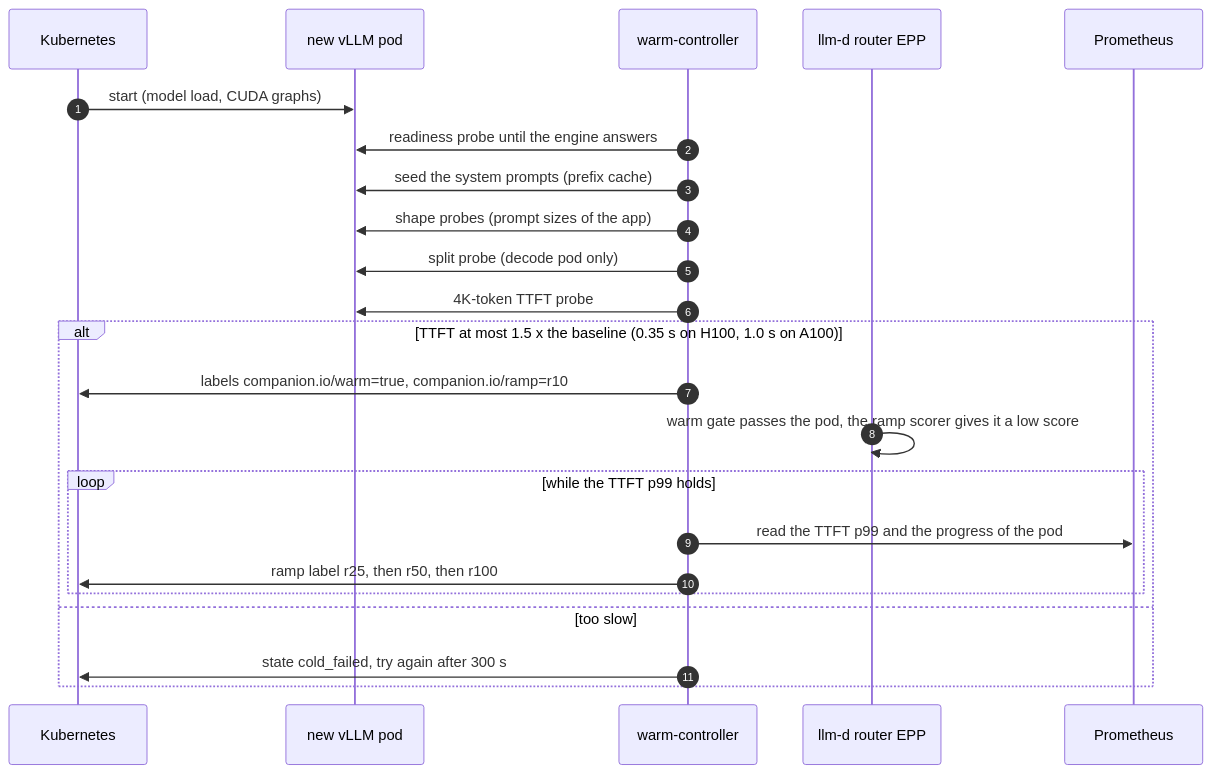
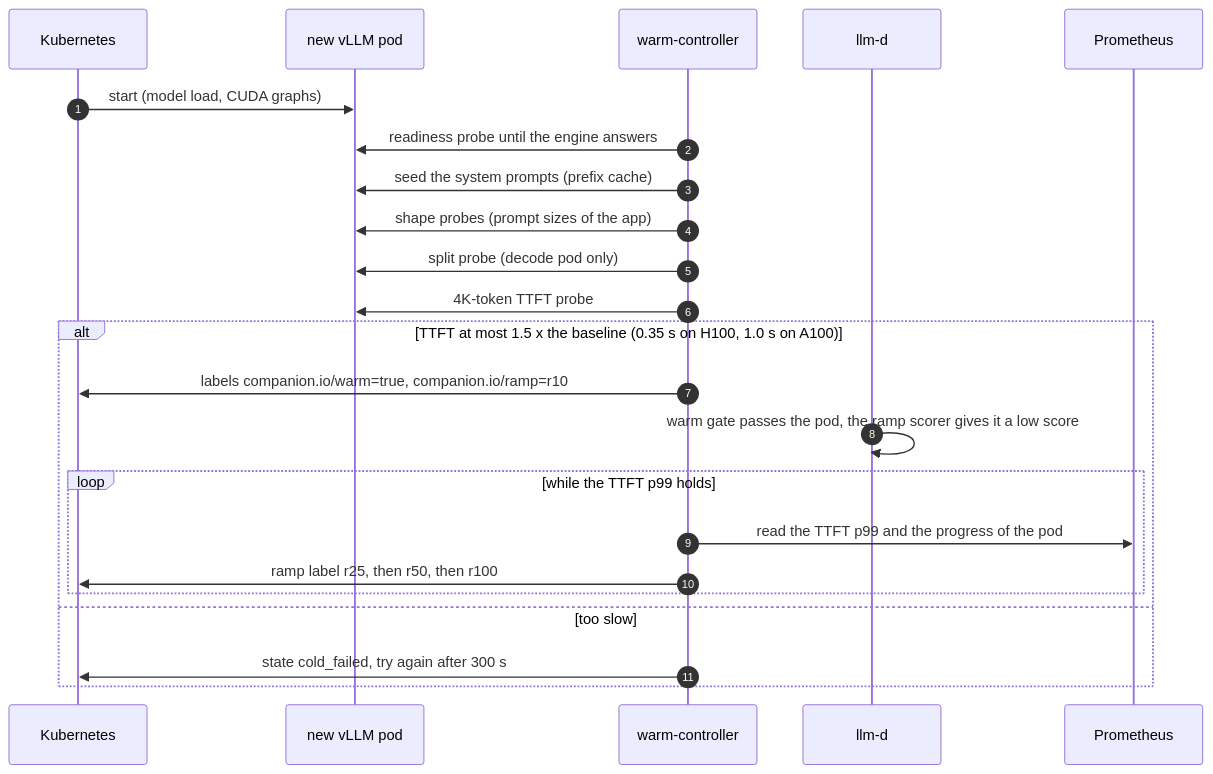
Before and after one commit to chetananand/learning-companion-serving: the tenth of 13 diagrams in docs/spec/09-architecture.md, drawn with Mermaid. The commit also changed other lines of this file and 4 other files, not shown here.

First line of the commit message:
Docs: one architecture, with the names of the slide diagram everywhere

````diff
--- a/docs/spec/09-architecture.md
+++ b/docs/spec/09-architecture.md
@@ -286,25 +295,25 @@
 ```mermaid
 sequenceDiagram
   autonumber
   participant K as Kubernetes
   participant P as new vLLM pod
   participant WC as warm-controller
-  participant R as llm-d router EPP
+  participant R as llm-d
   participant PR as Prometheus
   K->>P: start (model load, CUDA graphs)
   WC->>P: readiness probe until the engine answers
   WC->>P: seed the system prompts (prefix cache)
   WC->>P: shape probes (prompt sizes of the app)
   WC->>P: split probe (decode pod only)
   WC->>P: 4K-token TTFT probe
   alt TTFT at most 1.5 x the baseline (0.35 s on H100, 1.0 s on A100)
     WC->>K: labels companion.io/warm=true, companion.io/ramp=r10
     R->>R: warm gate passes the pod, the ramp scorer gives it a low score
     loop while the TTFT p99 holds
       WC->>PR: read the TTFT p99 and the progress of the pod
       WC->>K: ramp label r25, then r50, then r100
     end
   else too slow
     WC->>K: state cold_failed, try again after 300 s
   end
 ```
````
